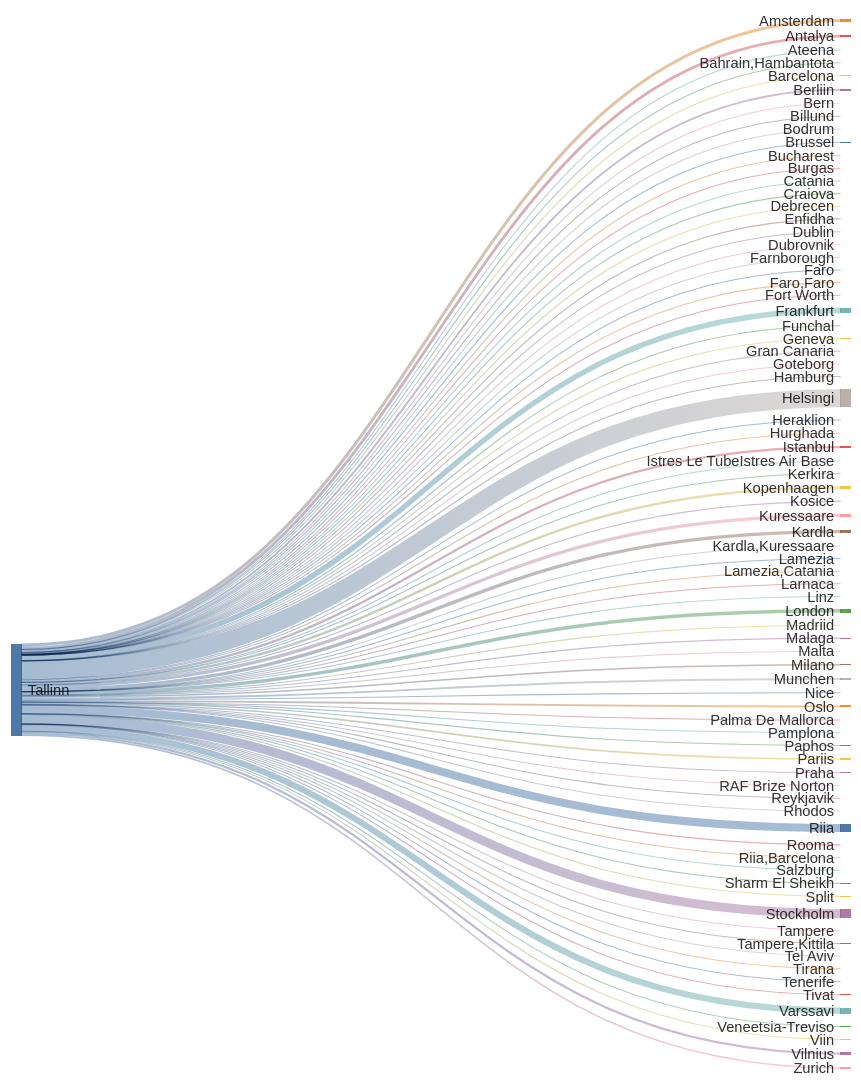
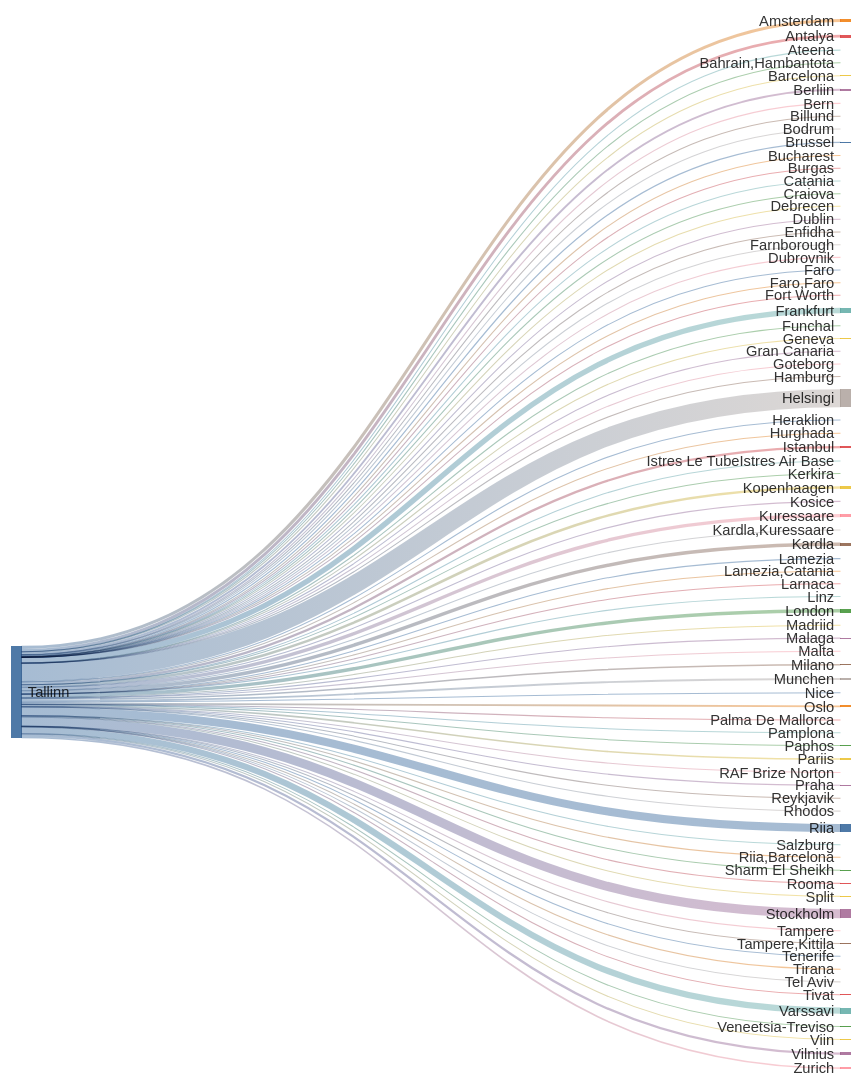
One commit to rainermesi/tll-airport-departures changed the second of 2 diagrams in README.md. Above: the diagram before and after it, drawn with Mermaid. The commit also changed other lines of this file and 1 other file, not shown here.

````diff
--- a/README.md
+++ b/README.md
@@ -41,16 +41,16 @@
 ---
 sankey-beta
 %% source,target,value
-Tallinn,Amsterdam,567
-Tallinn,Antalya,531
+Tallinn,Amsterdam,569
+Tallinn,Antalya,535
 Tallinn,Ateena,16
 Tallinn,"Bahrain,Hambantota",1
 Tallinn,Barcelona,159
-Tallinn,Berliin,354
+Tallinn,Berliin,356
 Tallinn,Bern,1
 Tallinn,Billund,87
 Tallinn,Bodrum,13
-Tallinn,Brussel,218
+Tallinn,Brussel,219
 Tallinn,Bucharest,1
 Tallinn,Burgas,67
 Tallinn,Catania,2
@@ -63,61 +63,61 @@
 Tallinn,Faro,4
 Tallinn,"Faro,Faro",1
 Tallinn,Fort Worth,1
-Tallinn,Frankfurt,996
-Tallinn,Funchal,7
+Tallinn,Frankfurt,998
+Tallinn,Funchal,8
 Tallinn,Geneva,13
 Tallinn,Gran Canaria,38
 Tallinn,Goteborg,2
 Tallinn,Hamburg,2
-Tallinn,Helsingi,3337
+Tallinn,Helsingi,3346
 Tallinn,Heraklion,129
 Tallinn,Hurghada,76
-Tallinn,Istanbul,433
+Tallinn,Istanbul,435
 Tallinn,Istres Le TubeIstres Air Base,2
 Tallinn,Kerkira,4
-Tallinn,Kopenhaagen,474
+Tallinn,Kopenhaagen,477
 Tallinn,Kosice,1
-Tallinn,Kuressaare,632
-Tallinn,Kardla,634
+Tallinn,Kuressaare,634
+Tallinn,Kardla,636
 Tallinn,"Kardla,Kuressaare",1
 Tallinn,Lamezia,4
 Tallinn,"Lamezia,Catania",3
 Tallinn,Larnaca,7
 Tallinn,Linz,2
-Tallinn,London,646
-Tallinn,Madriid,4
+Tallinn,London,647
+Tallinn,Madriid,5
 Tallinn,Malaga,137
 Tallinn,Malta,35
 Tallinn,Milano,284
-Tallinn,Munchen,355
+Tallinn,Munchen,357
 Tallinn,Nice,64
-Tallinn,Oslo,336
+Tallinn,Oslo,337
 Tallinn,Palma De Mallorca,39
 Tallinn,Pamplona,1
 Tallinn,Paphos,66
-Tallinn,Pariis,298
+Tallinn,Pariis,300
 Tallinn,Praha,99
 Tallinn,RAF Brize Norton,1
 Tallinn,Reykjavik,20
-Tallinn,Rhodos,71
-Tallinn,Riia,1516
+Tallinn,Rhodos,72
+Tallinn,Riia,1520
 Tallinn,"Riia,Barcelona",1
 Tallinn,Rooma,80
 Tallinn,Salzburg,14
 Tallinn,Sharm El Sheikh,116
 Tallinn,Split,65
-Tallinn,Stockholm,1669
+Tallinn,Stockholm,1674
 Tallinn,Tampere,17
 Tallinn,"Tampere,Kittila",21
 Tallinn,Tel Aviv,2
 Tallinn,Tenerife,58
 Tallinn,Tirana,42
 Tallinn,Tivat,79
-Tallinn,Varssavi,1158
+Tallinn,Varssavi,1161
 Tallinn,Veneetsia-Treviso,67
 Tallinn,Viin,106
-Tallinn,Vilnius,422
-Tallinn,Zurich,300
+Tallinn,Vilnius,424
+Tallinn,Zurich,301
 
 
 ```
````
